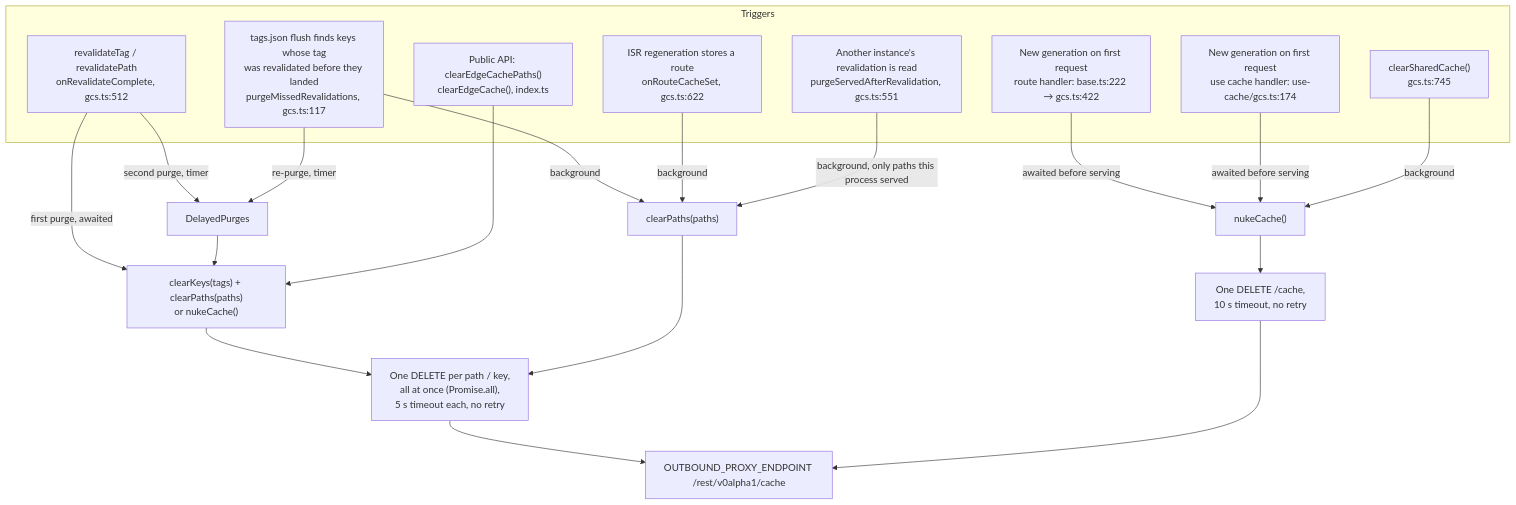
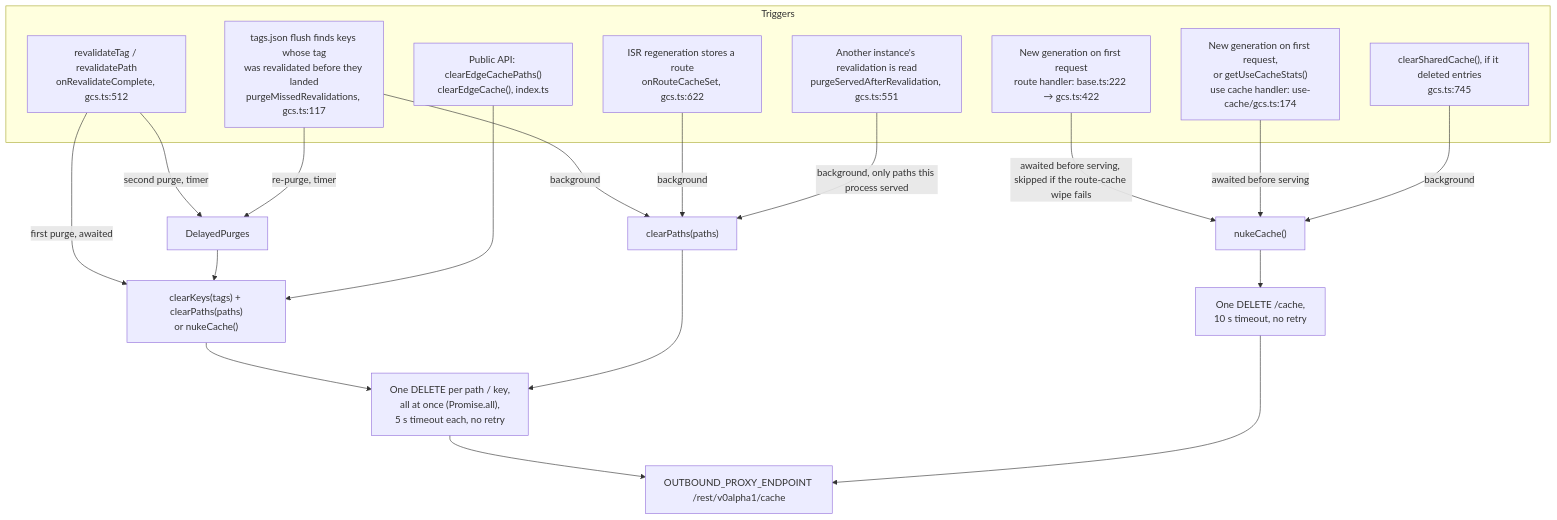
The fourth of 5 diagrams in ARCHITECTURE.md (pantheon-systems/nextjs-cache-handler), drawn with Mermaid before and after one commit. The commit also changed other lines of this file and 1 other file, not shown here.

````diff
--- a/ARCHITECTURE.md
+++ b/ARCHITECTURE.md
@@ -195,31 +200,31 @@
 ```mermaid
 flowchart TB
   subgraph triggers["Triggers"]
     t1["revalidateTag / revalidatePath<br/>onRevalidateComplete, gcs.ts:512"]
     t2["ISR regeneration stores a route<br/>onRouteCacheSet, gcs.ts:622"]
     t3["tags.json flush finds keys whose tag<br/>was revalidated before they landed<br/>purgeMissedRevalidations, gcs.ts:117"]
     t4["New generation on first request<br/>route handler: base.ts:222 → gcs.ts:422"]
-    t5["New generation on first request<br/>use cache handler: use-cache/gcs.ts:174"]
-    t6["clearSharedCache()<br/>gcs.ts:745"]
+    t5["New generation on first request,<br/>or getUseCacheStats()<br/>use cache handler: use-cache/gcs.ts:174"]
+    t6["clearSharedCache(), if it deleted entries<br/>gcs.ts:745"]
     t8["Another instance's revalidation is read<br/>purgeServedAfterRevalidation, gcs.ts:551"]
     t7["Public API: clearEdgeCachePaths()<br/>clearEdgeCache(), index.ts"]
   end
 
   t1 -- "first purge, awaited" --> keysPaths["clearKeys(tags) + clearPaths(paths)<br/>or nukeCache()"]
   t1 -- "second purge, timer" --> dp[DelayedPurges]
   t3 -- "background" --> paths1["clearPaths(paths)"]
   t3 -- "re-purge, timer" --> dp
   dp --> keysPaths
   t2 -- "background" --> paths1
-  t4 -- "awaited before serving" --> nuke["nukeCache()"]
+  t4 -- "awaited before serving, skipped if the route-cache wipe fails" --> nuke["nukeCache()"]
   t5 -- "awaited before serving" --> nuke
   t6 -- "background" --> nuke
   t7 --> keysPaths
   t8 -- "background, only paths this process served" --> paths1
 
   keysPaths --> fan["One DELETE per path / key,<br/>all at once (Promise.all),<br/>5 s timeout each, no retry"]
   paths1 --> fan
   nuke --> one["One DELETE /cache,<br/>10 s timeout, no retry"]
   fan --> proxy[OUTBOUND_PROXY_ENDPOINT /rest/v0alpha1/cache]
   one --> proxy
 ```
````
